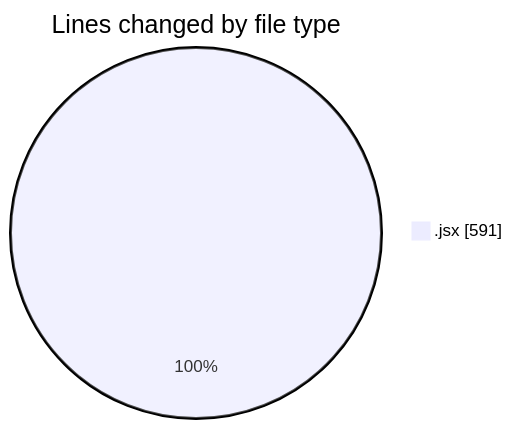
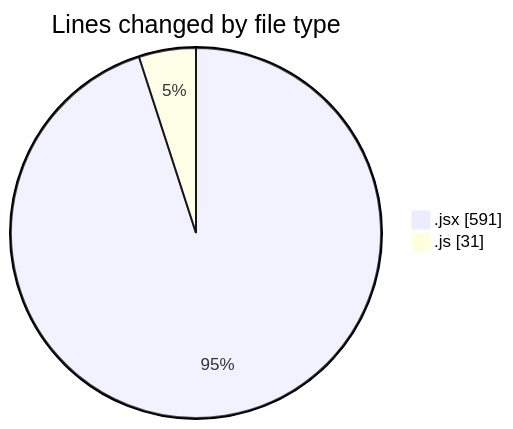
Before and after one commit to nxtqubesakshisongat/code-tracking: the first of 2 diagrams in 2025-11-14/argos/README.md, drawn with Mermaid. The commit also changed other lines of this file and 1 other file, not shown here.

````diff
--- a/2025-11-14/argos/README.md
+++ b/2025-11-14/argos/README.md
@@ -20,5 +21,6 @@
 ```mermaid
 pie showData
 title Lines changed by file type
 ".jsx" : 591
+".js" : 31
 ```
````
